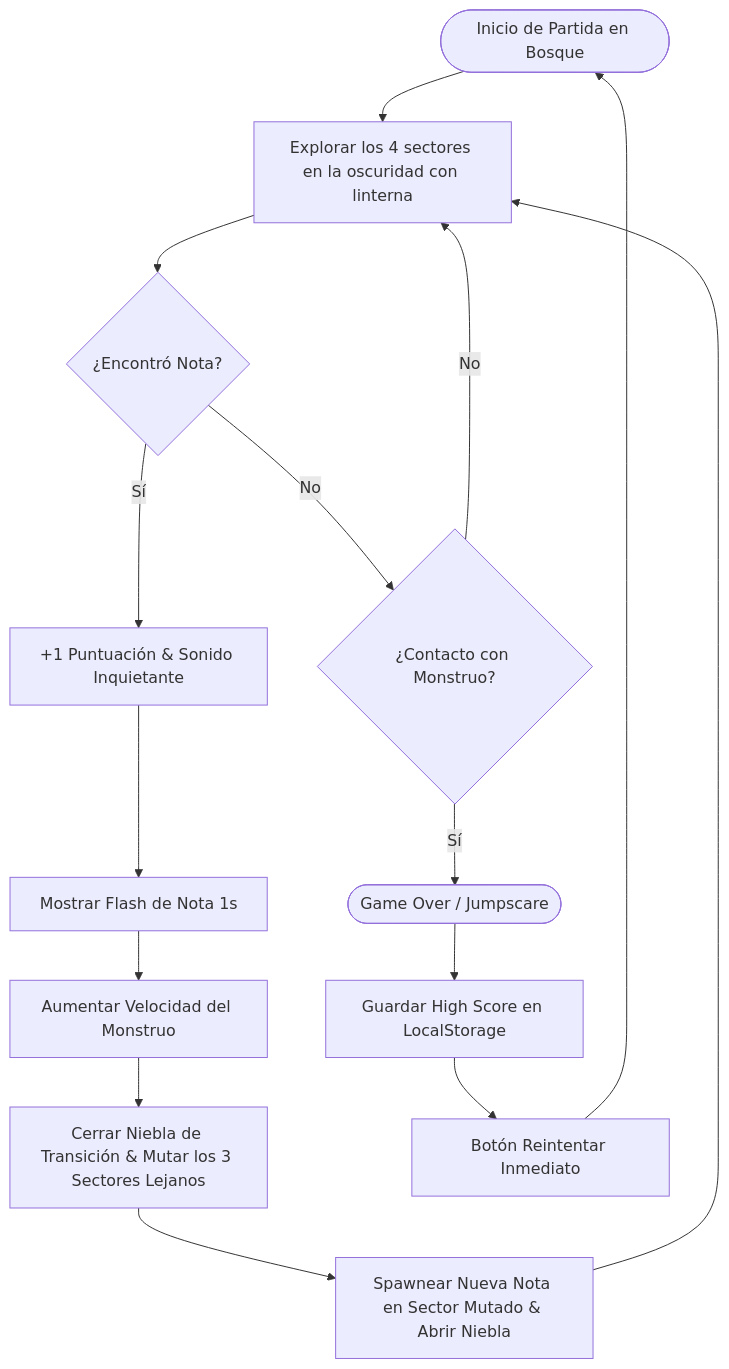
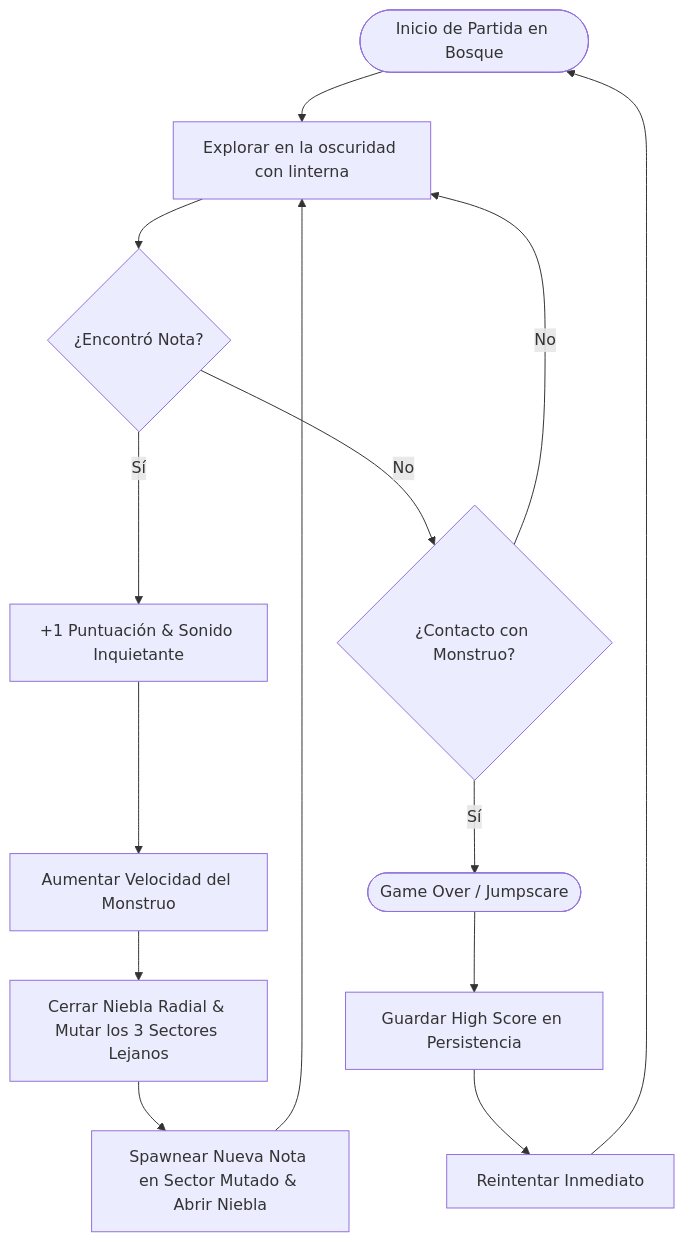
One commit to EmGamex/vosque changed the diagram in docs/gameplay/mecanicas_y_entidades.md. Above: the diagram before and after it, drawn with Mermaid. The commit also changed other lines of this file and 14 other files, not shown here.

````diff
--- a/docs/gameplay/mecanicas_y_entidades.md
+++ b/docs/gameplay/mecanicas_y_entidades.md
@@ -9,17 +9,16 @@
 ```mermaid
 flowchart TD
-    A([Inicio de Partida en Bosque]) --> B[Explorar los 4 sectores en la oscuridad con linterna]
+    A([Inicio de Partida en Bosque]) --> B[Explorar en la oscuridad con linterna]
     B --> C{¿Encontró Nota?}
     C -- Sí --> D[+1 Puntuación & Sonido Inquietante]
-    D --> E[Mostrar Flash de Nota 1s]
-    E --> F[Aumentar Velocidad del Monstruo]
-    F --> G[Cerrar Niebla de Transición & Mutar los 3 Sectores Lejanos]
-    G --> H[Spawnear Nueva Nota en Sector Mutado & Abrir Niebla]
-    H --> B
-    C -- No --> I{¿Contacto con Monstruo?}
-    I -- No --> B
-    I -- Sí --> J([Game Over / Jumpscare])
-    J --> K[Guardar High Score en LocalStorage]
-    K --> L[Botón Reintentar Inmediato]
-    L --> A
+    D --> E[Aumentar Velocidad del Monstruo]
+    E --> F[Cerrar Niebla Radial & Mutar los 3 Sectores Lejanos]
+    F --> G[Spawnear Nueva Nota en Sector Mutado & Abrir Niebla]
+    G --> B
+    C -- No --> H{¿Contacto con Monstruo?}
+    H -- No --> B
+    H -- Sí --> I([Game Over / Jumpscare])
+    I --> J[Guardar High Score en Persistencia]
+    J --> K[Reintentar Inmediato]
+    K --> A
 ```
````
